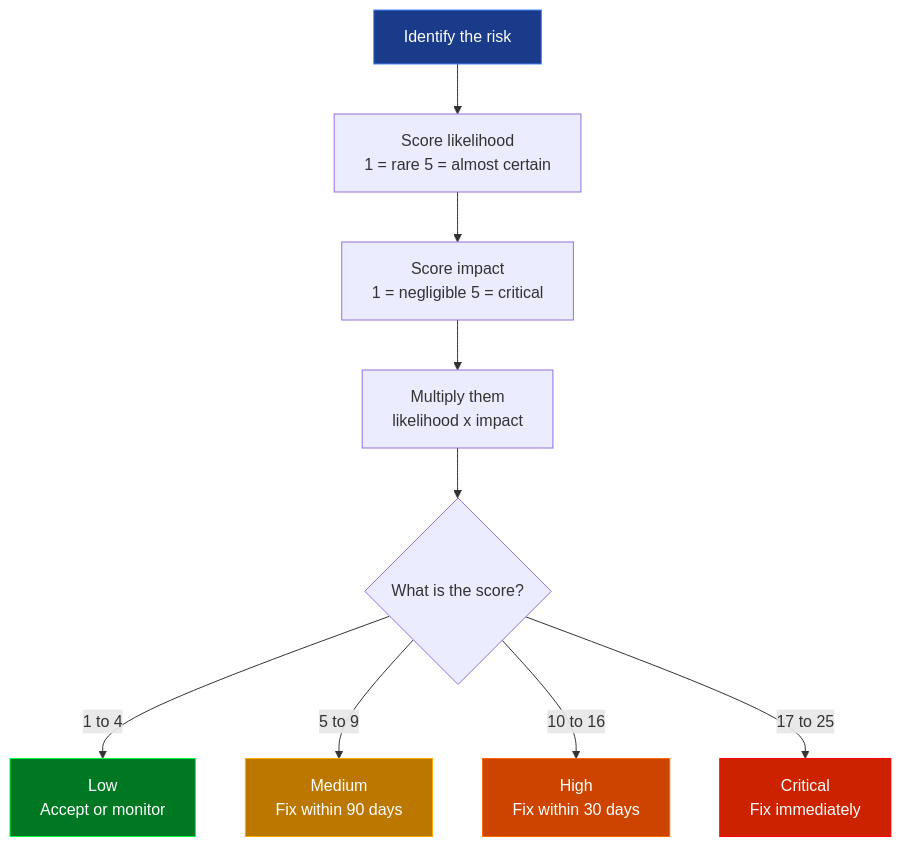
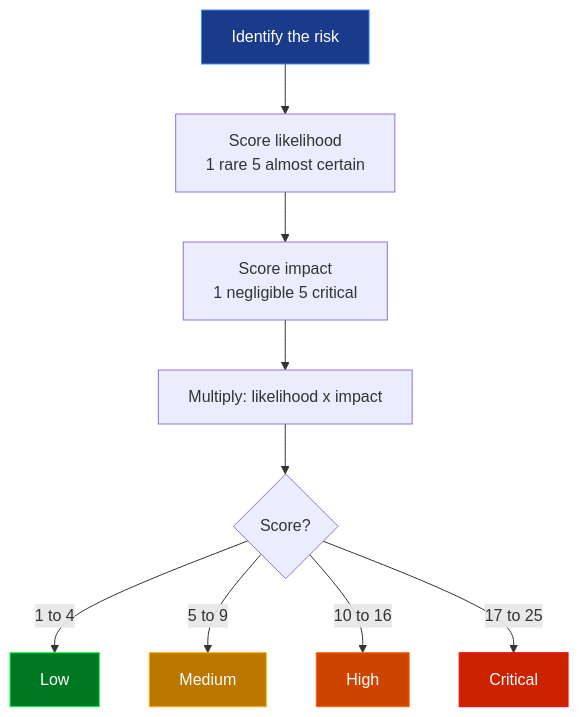
The second of 3 diagrams in README.md (Speed-boo3/grc-project), drawn with Mermaid before and after one commit. The commit also changed other lines of this file and 7 other files, not shown here.

````diff
--- a/README.md
+++ b/README.md
@@ -97,17 +186,17 @@
 ```mermaid
 flowchart TD
-    A[Identify the risk] --> B[Score likelihood\n1 = rare  5 = almost certain]
-    B --> C[Score impact\n1 = negligible  5 = critical]
-    C --> D[Multiply them\nlikelihood x impact]
-    D --> E{What is the score?}
-    E -->|1 to 4| F[Low\nAccept or monitor]
-    E -->|5 to 9| G[Medium\nFix within 90 days]
-    E -->|10 to 16| H[High\nFix within 30 days]
-    E -->|17 to 25| I[Critical\nFix immediately]
+    A[Identify the risk] --> B[Score likelihood\n1 rare  5 almost certain]
+    B --> C[Score impact\n1 negligible  5 critical]
+    C --> D[Multiply: likelihood x impact]
+    D --> E{Score?}
+    E -->|1 to 4| F[Low]
+    E -->|5 to 9| G[Medium]
+    E -->|10 to 16| H[High]
+    E -->|17 to 25| I[Critical]
 
     style F fill:#007722,stroke:#00ff41,color:#ffffff
     style G fill:#bb7700,stroke:#ffaa00,color:#ffffff
     style H fill:#cc4400,stroke:#ff6600,color:#ffffff
     style I fill:#cc2200,stroke:#ff0000,color:#ffffff
     style A fill:#1a3a8a,stroke:#4488ff,color:#ffffff
 ```
````
